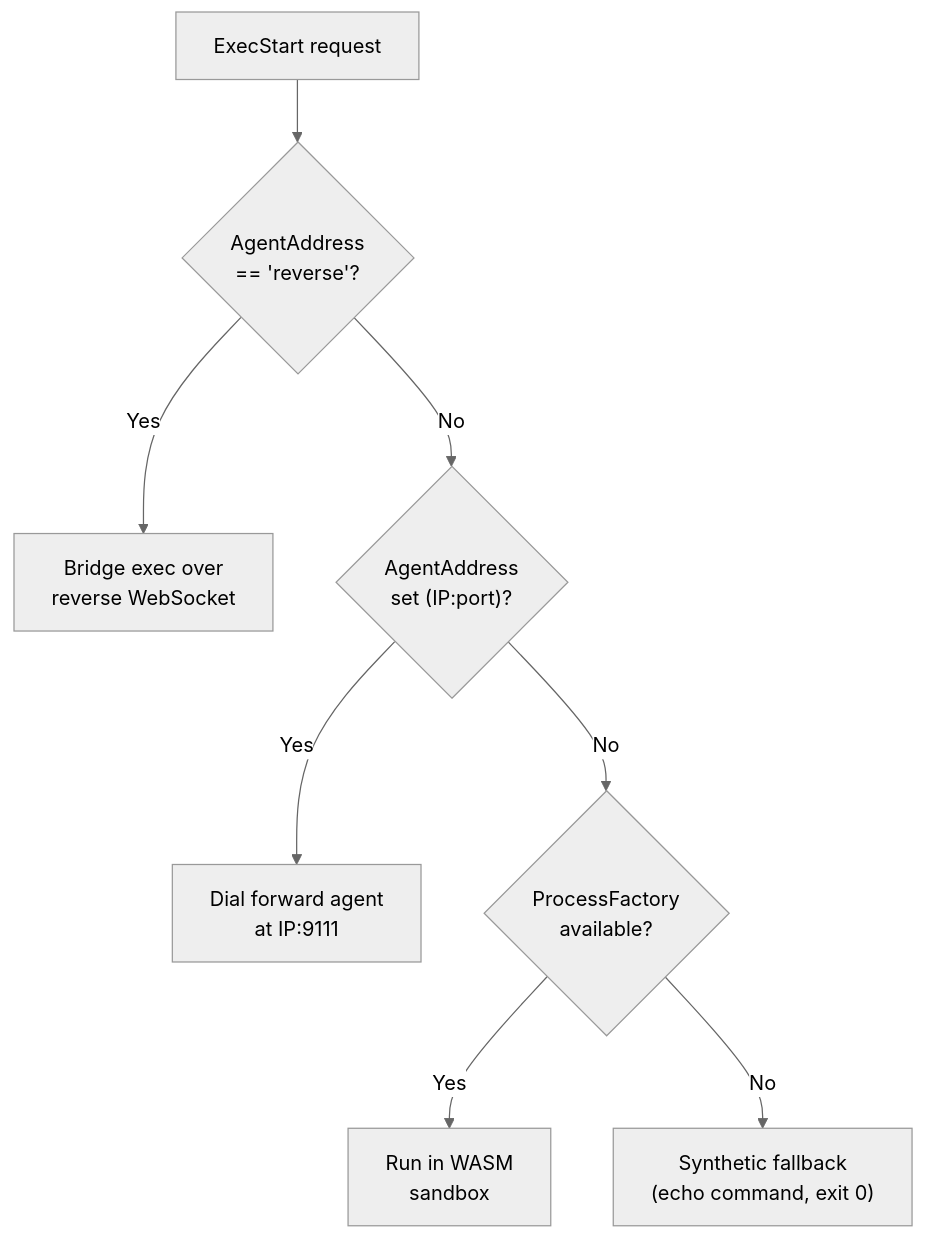
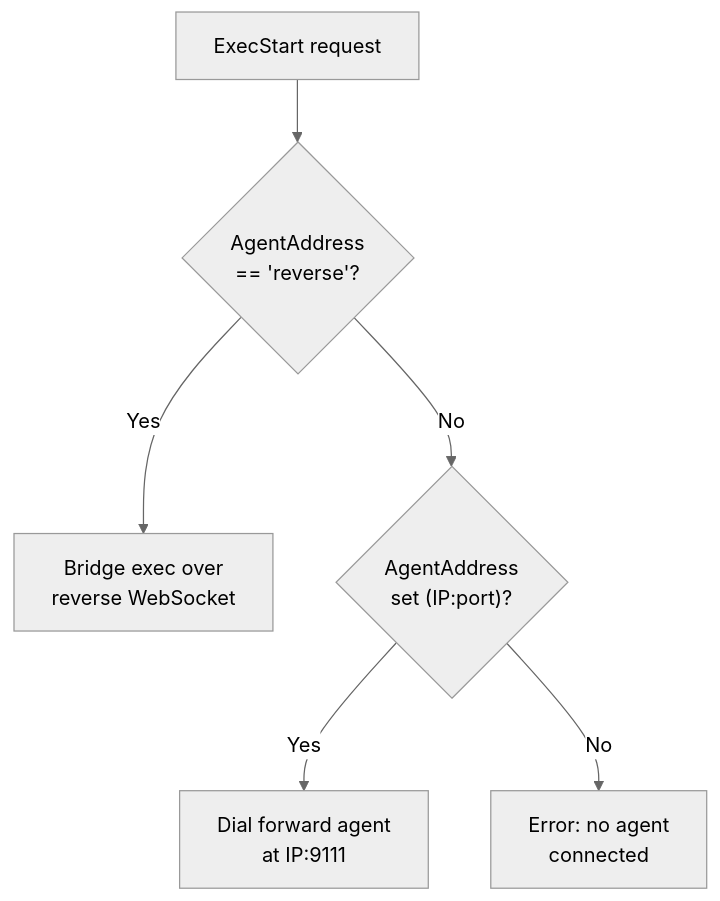
The fifth of 13 diagrams in ARCHITECTURE.md (e6qu/sockerless), drawn with Mermaid (neutral theme) before and after one commit. The commit also changed other lines of this file and 9 other files, not shown here.

First line of the commit message:
Remove WASM, memory backend, and synthetic driver references from docs (#94)

````diff
--- a/ARCHITECTURE.md
+++ b/ARCHITECTURE.md
@@ -175,10 +170,8 @@
 ```mermaid
 flowchart TD
     START["ExecStart request"] --> CHK1{"AgentAddress<br/>== 'reverse'?"}
     CHK1 -->|Yes| REV["Bridge exec over<br/>reverse WebSocket"]
     CHK1 -->|No| CHK2{"AgentAddress<br/>set (IP:port)?"}
     CHK2 -->|Yes| FWD["Dial forward agent<br/>at IP:9111"]
-    CHK2 -->|No| CHK3{"ProcessFactory<br/>available?"}
-    CHK3 -->|Yes| WASM2["Run in WASM<br/>sandbox"]
-    CHK3 -->|No| SYN["Synthetic fallback<br/>(echo command, exit 0)"]
+    CHK2 -->|No| ERR["Error: no agent<br/>connected"]
 ```
````
